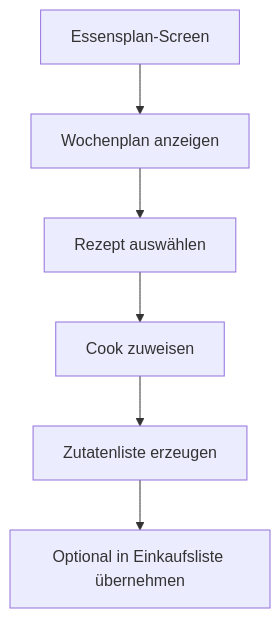
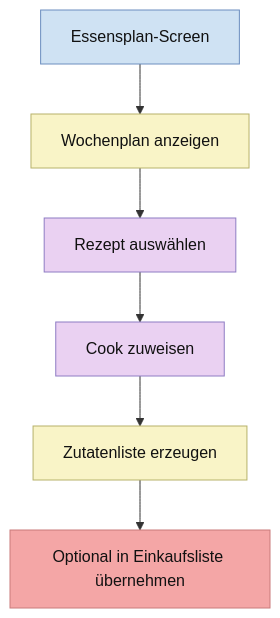
Diagram 12 of 23 in ABLAUFDIAGRAMM.md (Nejy190501/WGManager), drawn with Mermaid before and after one commit. The commit also changed other lines of this file, not shown here.

````diff
--- a/ABLAUFDIAGRAMM.md
+++ b/ABLAUFDIAGRAMM.md
@@ -345,8 +500,21 @@
 ```mermaid
 flowchart TD
     A["Essensplan-Screen"] --> B["Wochenplan anzeigen"]
     B --> C["Rezept auswählen"]
     C --> D["Cook zuweisen"]
     D --> E["Zutatenliste erzeugen"]
     E --> F["Optional in Einkaufsliste übernehmen"]
+
+    classDef userAction fill:#ead1f2,stroke:#8e7cc3,color:#111;
+    classDef systemAction fill:#f9f4c7,stroke:#b7b26a,color:#111;
+    classDef userDecision fill:#f4cccc,stroke:#cc7a7a,color:#111;
+    classDef systemDecision fill:#fff2b2,stroke:#c9b458,color:#111;
+    classDef button fill:#f4a6a6,stroke:#c97b7b,color:#111;
+    classDef userInput fill:#f8d7da,stroke:#d49aa2,color:#111;
+    classDef screen fill:#cfe2f3,stroke:#6c8ebf,color:#111;
+
+    class B,E systemAction;
+    class C,D userAction;
+    class F button;
+    class A screen;
 ```
````
